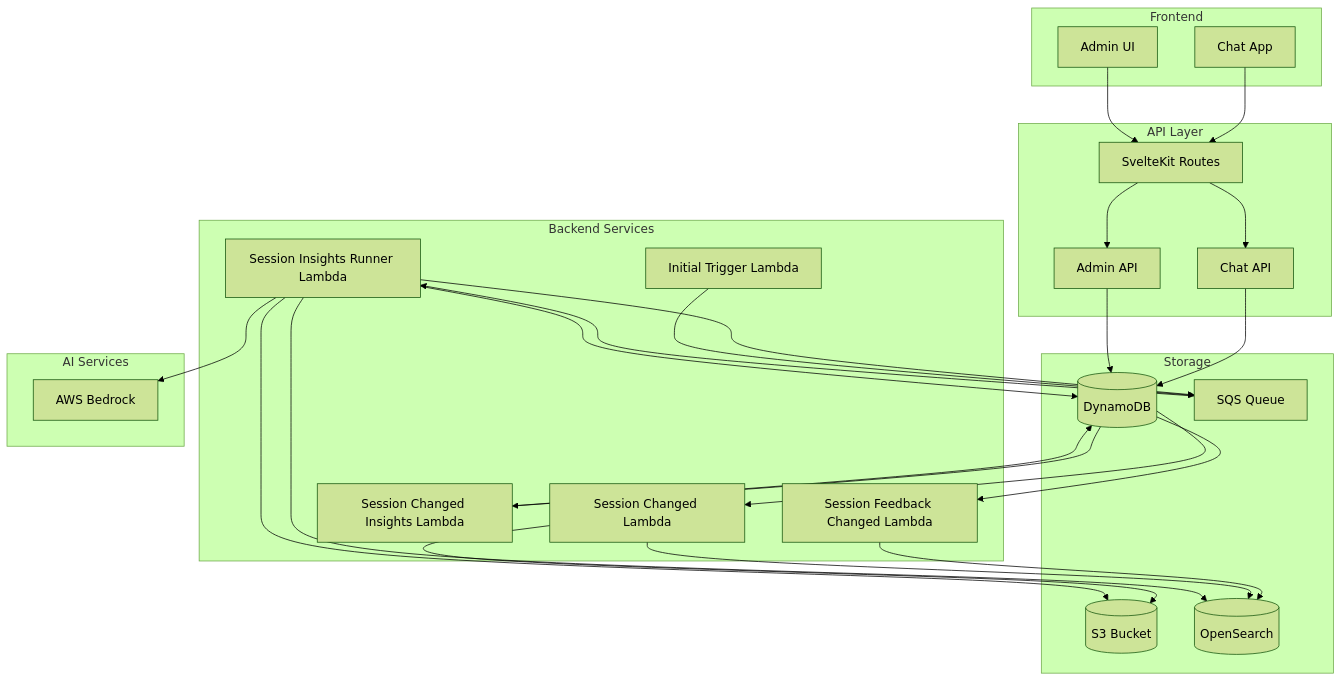
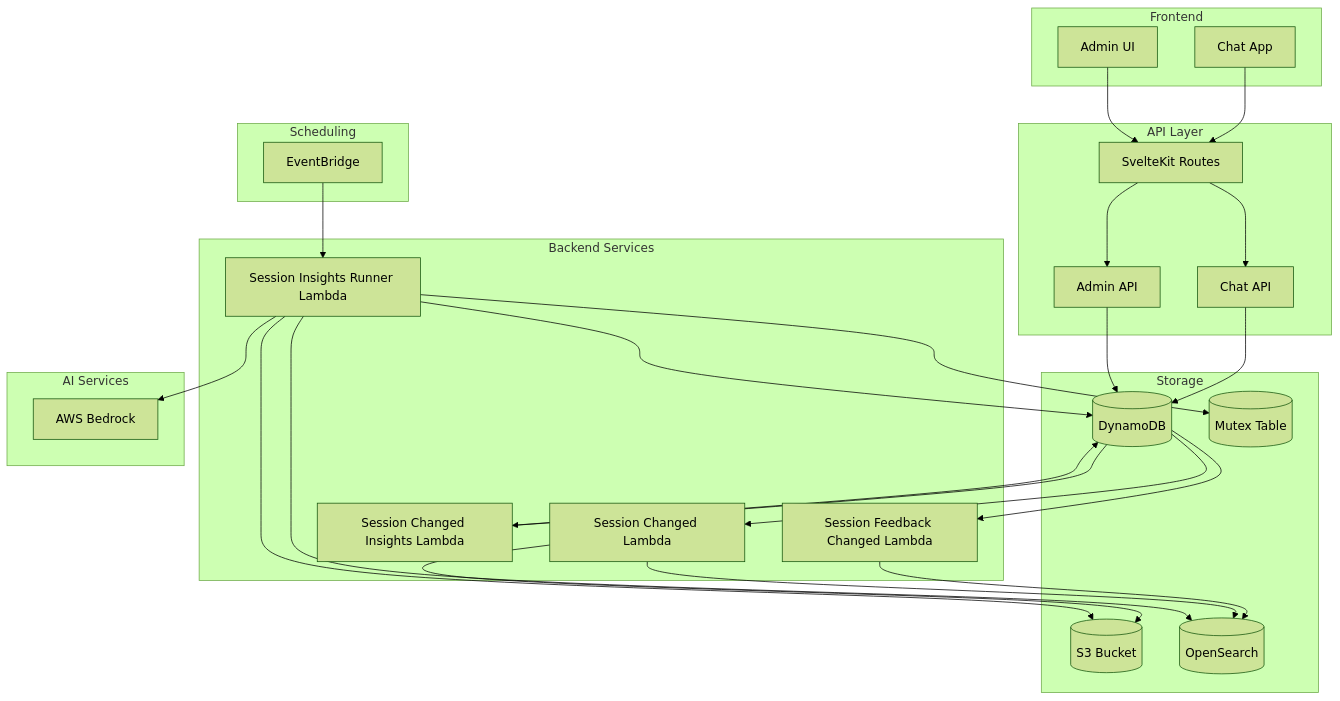
The first of 4 diagrams in docs/architecture/insights-and-feedback.md (rithum/pika), drawn with Mermaid (forest theme) before and after one commit. The commit also changed other lines of this file and 46 other files, not shown here.

````diff
--- a/docs/architecture/insights-and-feedback.md
+++ b/docs/architecture/insights-and-feedback.md
@@ -14,57 +14,58 @@
 ```mermaid
 graph TB
     subgraph "Frontend"
         ChatApp[Chat App]
         AdminUI[Admin UI]
     end
 
     subgraph "API Layer"
         ChatAPI[Chat API]
         AdminAPI[Admin API]
         SvelteRoutes[SvelteKit Routes]
     end
 
     subgraph "Backend Services"
         FeedbackLambda[Session Feedback Changed Lambda]
         SessionChangedLambda[Session Changed Lambda]
         InsightsRunner[Session Insights Runner Lambda]
         InsightsTrigger[Session Changed Insights Lambda]
-        InitialTrigger[Initial Trigger Lambda]
     end
 
     subgraph "Storage"
         DynamoDB[(DynamoDB)]
         S3[(S3 Bucket)]
         OpenSearch[(OpenSearch)]
-        SQS[SQS Queue]
+        MutexTable[(Mutex Table)]
+    end
+
+    subgraph "Scheduling"
+        EventBridge[EventBridge]
     end
 
     subgraph "AI Services"
         Bedrock[AWS Bedrock]
     end
 
     ChatApp --> SvelteRoutes
     AdminUI --> SvelteRoutes
     SvelteRoutes --> ChatAPI
     SvelteRoutes --> AdminAPI
 
     ChatAPI --> DynamoDB
     AdminAPI --> DynamoDB
 
     DynamoDB --> FeedbackLambda
     DynamoDB --> SessionChangedLambda
     DynamoDB --> InsightsTrigger
     FeedbackLambda --> OpenSearch
     SessionChangedLambda --> S3
     SessionChangedLambda --> OpenSearch
     InsightsTrigger --> DynamoDB
 
-    SQS --> InsightsRunner
+    EventBridge --> InsightsRunner
     InsightsRunner --> DynamoDB
     InsightsRunner --> S3
     InsightsRunner --> Bedrock
     InsightsRunner --> OpenSearch
-    InsightsRunner --> SQS
-
-    InitialTrigger --> SQS
+    InsightsRunner --> MutexTable
 ```
````
